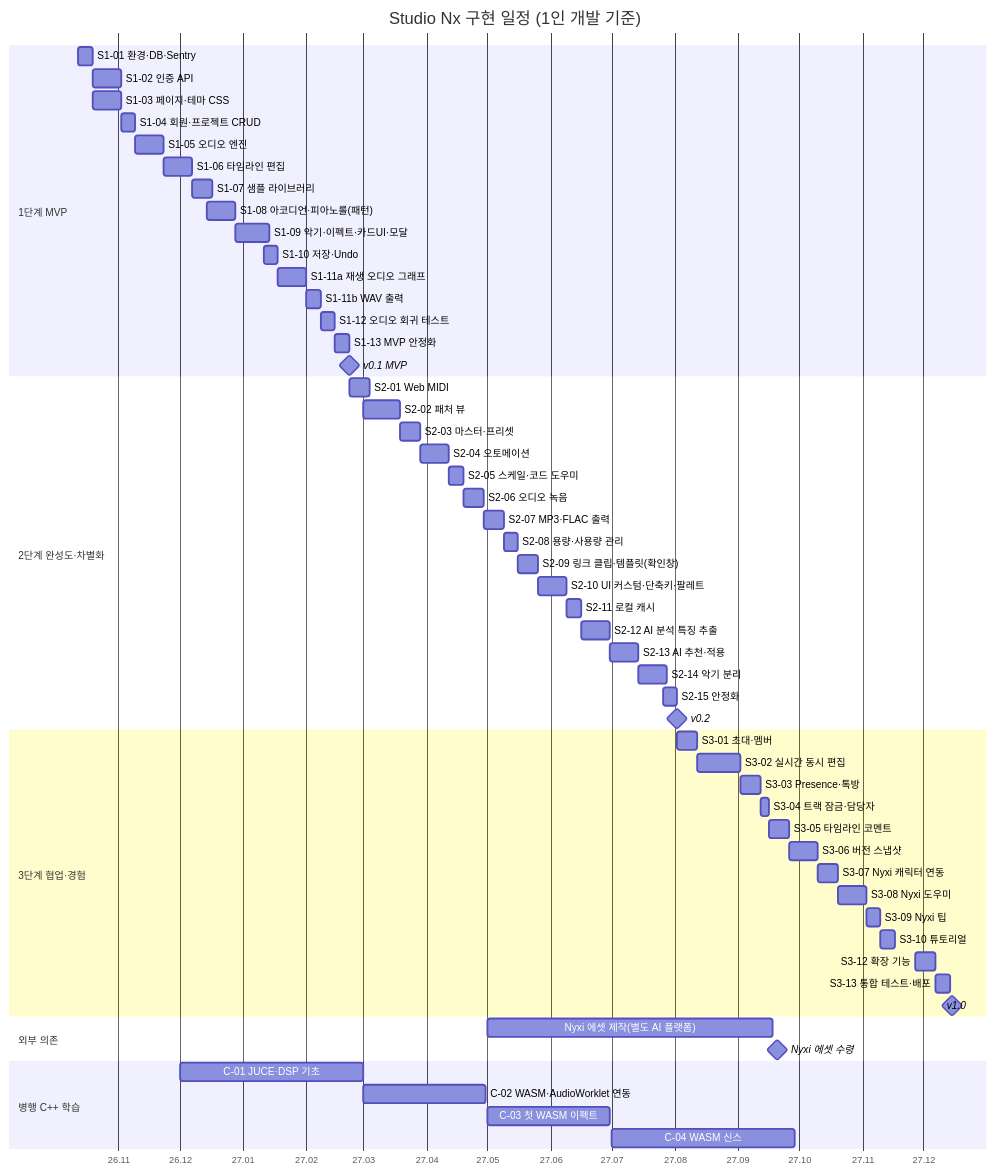
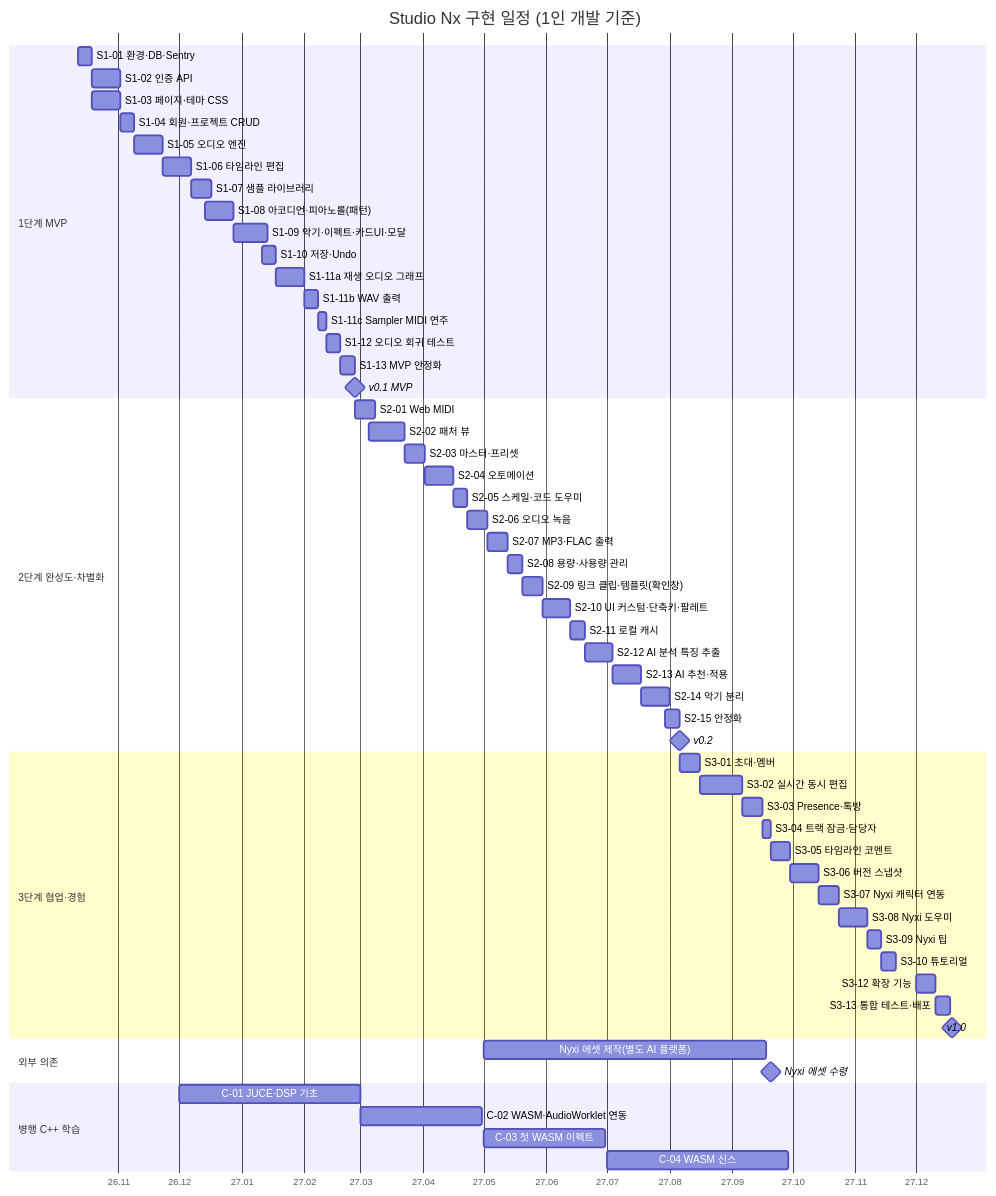
The diagram in docs/Implementation_Plan.md (good200005/StudioNx), drawn with Mermaid before and after one commit. The commit also changed other lines of this file and 3 other files, not shown here.

First line of the commit message:
docs(plan): S1-11c Sampler MIDI 연주 추가, S1-12 이후 일정 4일 연기

````diff
--- a/docs/Implementation_Plan.md
+++ b/docs/Implementation_Plan.md
@@ -171,67 +172,68 @@
 ```mermaid
 gantt
     title Studio Nx 구현 일정 (1인 개발 기준)
     dateFormat YYYY-MM-DD
     axisFormat %y.%m
     tickInterval 1month
 
     section 1단계 MVP
     S1-01 환경·DB·Sentry            :s101, 2026-10-12, 7d
     S1-02 인증 API                  :s102, 2026-10-19, 14d
     S1-03 페이지·테마 CSS           :s103, 2026-10-19, 14d
     S1-04 회원·프로젝트 CRUD         :s104, 2026-11-02, 7d
     S1-05 오디오 엔진               :s105, 2026-11-09, 14d
     S1-06 타임라인 편집              :s106, 2026-11-23, 14d
     S1-07 샘플 라이브러리             :s107, 2026-12-07, 10d
     S1-08 아코디언·피아노롤(패턴)      :s108, 2026-12-14, 14d
     S1-09 악기·이펙트·카드UI·모달     :s109, 2026-12-28, 17d
     S1-10 저장·Undo                 :s110, 2027-01-11, 7d
     S1-11a 재생 오디오 그래프        :s111a, 2027-01-18, 14d
     S1-11b WAV 출력                  :s111b, 2027-02-01, 7d
-    S1-12 오디오 회귀 테스트          :s112, 2027-02-08, 7d
-    S1-13 MVP 안정화                 :s113, 2027-02-15, 7d
-    v0.1 MVP                       :milestone, m1, 2027-02-22, 0d
+    S1-11c Sampler MIDI 연주          :s111c, 2027-02-08, 4d
+    S1-12 오디오 회귀 테스트          :s112, 2027-02-12, 7d
+    S1-13 MVP 안정화                 :s113, 2027-02-19, 7d
+    v0.1 MVP                       :milestone, m1, 2027-02-26, 0d
 
     section 2단계 완성도·차별화
-    S2-01 Web MIDI                 :s201, 2027-02-22, 10d
-    S2-02 패처 뷰                   :s202, 2027-03-01, 18d
-    S2-03 마스터·프리셋              :s203, 2027-03-19, 10d
-    S2-04 오토메이션                :s204, 2027-03-29, 14d
-    S2-05 스케일·코드 도우미          :s205, 2027-04-12, 7d
-    S2-06 오디오 녹음               :s206, 2027-04-19, 10d
-    S2-07 MP3·FLAC 출력             :s207, 2027-04-29, 10d
-    S2-08 용량·사용량 관리           :s208, 2027-05-09, 7d
-    S2-09 링크 클립·템플릿(확인창)     :s209, 2027-05-16, 10d
-    S2-10 UI 커스텀·단축키·팔레트      :s210, 2027-05-26, 14d
-    S2-11 로컬 캐시                 :s211, 2027-06-09, 7d
-    S2-12 AI 분석 특징 추출          :s212, 2027-06-16, 14d
-    S2-13 AI 추천·적용              :s213, 2027-06-30, 14d
-    S2-14 악기 분리                 :s214, 2027-07-14, 14d
-    S2-15 안정화                    :s215, 2027-07-26, 7d
-    v0.2                          :milestone, m2, 2027-08-02, 0d
+    S2-01 Web MIDI                 :s201, 2027-02-26, 10d
+    S2-02 패처 뷰                   :s202, 2027-03-05, 18d
+    S2-03 마스터·프리셋              :s203, 2027-03-23, 10d
+    S2-04 오토메이션                :s204, 2027-04-02, 14d
+    S2-05 스케일·코드 도우미          :s205, 2027-04-16, 7d
+    S2-06 오디오 녹음               :s206, 2027-04-23, 10d
+    S2-07 MP3·FLAC 출력             :s207, 2027-05-03, 10d
+    S2-08 용량·사용량 관리           :s208, 2027-05-13, 7d
+    S2-09 링크 클립·템플릿(확인창)     :s209, 2027-05-20, 10d
+    S2-10 UI 커스텀·단축키·팔레트      :s210, 2027-05-30, 14d
+    S2-11 로컬 캐시                 :s211, 2027-06-13, 7d
+    S2-12 AI 분석 특징 추출          :s212, 2027-06-20, 14d
+    S2-13 AI 추천·적용              :s213, 2027-07-04, 14d
+    S2-14 악기 분리                 :s214, 2027-07-18, 14d
+    S2-15 안정화                    :s215, 2027-07-30, 7d
+    v0.2                          :milestone, m2, 2027-08-06, 0d
 
     section 3단계 협업·경험
-    S3-01 초대·멤버                 :s301, 2027-08-02, 10d
-    S3-02 실시간 동시 편집            :s302, 2027-08-12, 21d
-    S3-03 Presence·톡방             :s303, 2027-09-02, 10d
-    S3-04 트랙 잠금·담당자            :s304, 2027-09-12, 4d
-    S3-05 타임라인 코멘트             :s305, 2027-09-16, 10d
-    S3-06 버전 스냅샷               :s306, 2027-09-26, 14d
-    S3-07 Nyxi 캐릭터 연동           :s307, 2027-10-10, 10d
-    S3-08 Nyxi 도우미               :s308, 2027-10-20, 14d
-    S3-09 Nyxi 팁                   :s309, 2027-11-03, 7d
-    S3-10 튜토리얼                  :s310, 2027-11-10, 7d
-    S3-12 확장 기능                 :s312, 2027-11-27, 10d
-    S3-13 통합 테스트·배포           :s313, 2027-12-07, 7d
-    v1.0                          :milestone, m3, 2027-12-15, 0d
+    S3-01 초대·멤버                 :s301, 2027-08-06, 10d
+    S3-02 실시간 동시 편집            :s302, 2027-08-16, 21d
+    S3-03 Presence·톡방             :s303, 2027-09-06, 10d
+    S3-04 트랙 잠금·담당자            :s304, 2027-09-16, 4d
+    S3-05 타임라인 코멘트             :s305, 2027-09-20, 10d
+    S3-06 버전 스냅샷               :s306, 2027-09-30, 14d
+    S3-07 Nyxi 캐릭터 연동           :s307, 2027-10-14, 10d
+    S3-08 Nyxi 도우미               :s308, 2027-10-24, 14d
+    S3-09 Nyxi 팁                   :s309, 2027-11-07, 7d
+    S3-10 튜토리얼                  :s310, 2027-11-14, 7d
+    S3-12 확장 기능                 :s312, 2027-12-01, 10d
+    S3-13 통합 테스트·배포           :s313, 2027-12-11, 7d
+    v1.0                          :milestone, m3, 2027-12-19, 0d
 
     section 외부 의존
     Nyxi 에셋 제작(별도 AI 플랫폼)   :ext1, 2027-05-01, 140d
     Nyxi 에셋 수령                  :milestone, ext2, 2027-09-20, 0d
 
     section 병행 C++ 학습
     C-01 JUCE·DSP 기초              :c01, 2026-12-01, 90d
     C-02 WASM·AudioWorklet 연동     :c02, 2027-03-01, 60d
     C-03 첫 WASM 이펙트             :c03, 2027-05-01, 60d
     C-04 WASM 신스                  :c04, 2027-07-01, 90d
 ```
````
